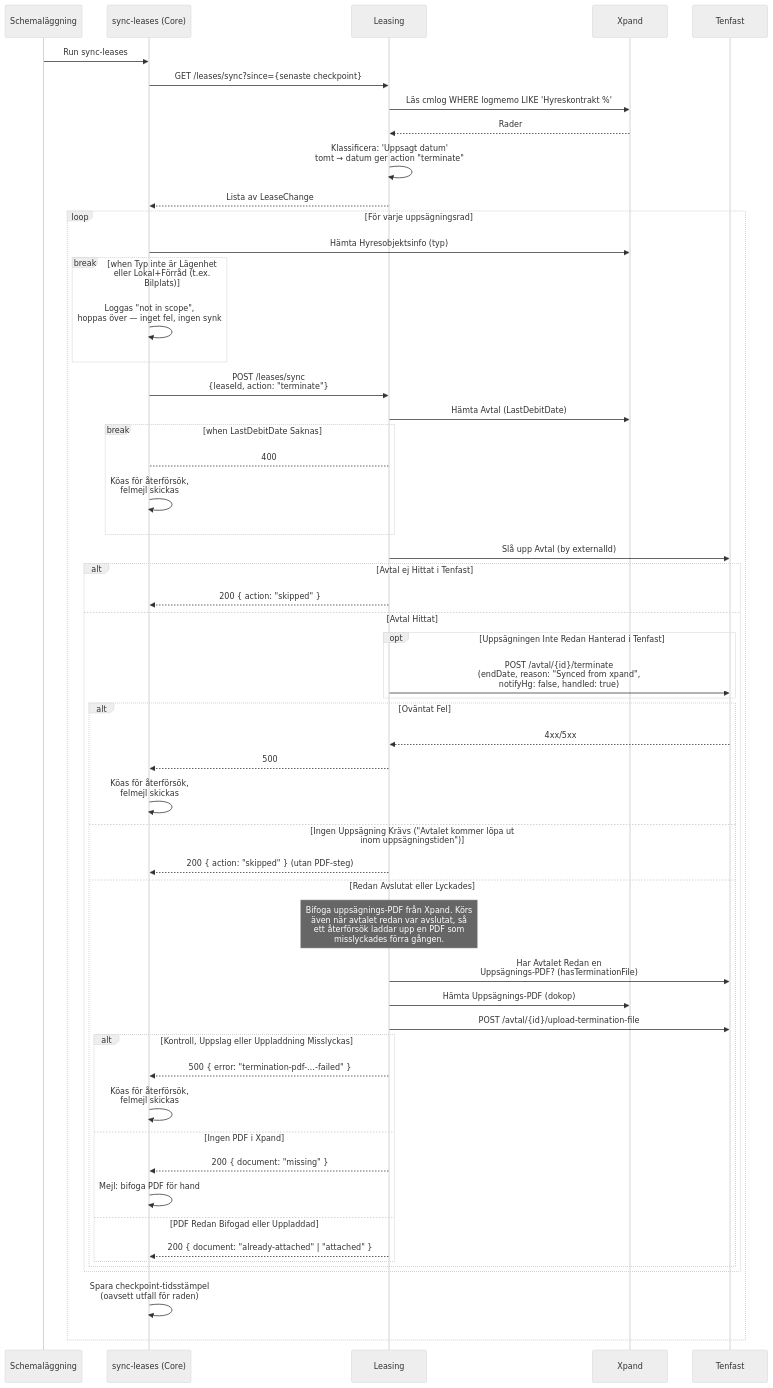
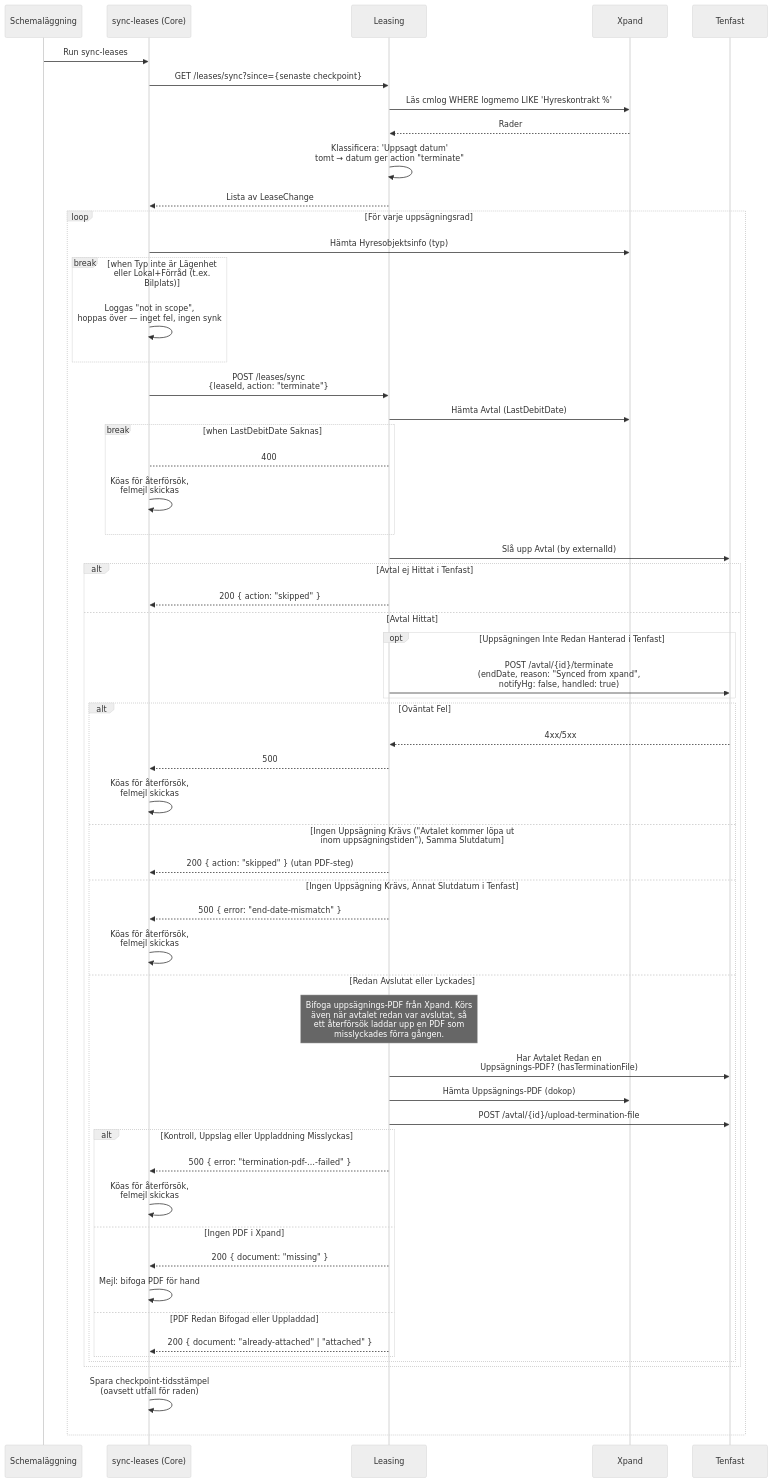
Before and after one commit to Bostads-AB-Mimer/onecore: the second of 2 diagrams in core/src/processes/leasetermination/DOCS_Terminate_Lease_via_Xpand_Sync.md, drawn with Mermaid (neutral theme). The commit also changed other lines of this file and 3 other files, not shown here.

First line of the commit message:
Fix: AVTAL-362 fail a termination Tenfast skips when its end date differs from Xpand's

````diff
--- a/core/src/processes/leasetermination/DOCS_Terminate_Lease_via_Xpand_Sync.md
+++ b/core/src/processes/leasetermination/DOCS_Terminate_Lease_via_Xpand_Sync.md
@@ -46,67 +46,70 @@
 ```mermaid
 sequenceDiagram
     participant CronJob as Schemaläggning
     participant SyncScript as sync-leases (Core)
     participant Leasing as Leasing
     participant Xpand as Xpand
     participant Tenfast as Tenfast
 
     CronJob ->> SyncScript: Run sync-leases
     SyncScript ->> Leasing: GET /leases/sync?since={senaste checkpoint}
     Leasing ->> Xpand: Läs cmlog WHERE logmemo LIKE 'Hyreskontrakt %'
     Xpand -->> Leasing: Rader
     Leasing ->> Leasing: Klassificera: 'Uppsagt datum'<br/>tomt → datum ger action "terminate"
     Leasing -->> SyncScript: Lista av LeaseChange
 
     loop För varje uppsägningsrad
         SyncScript ->> Xpand: Hämta Hyresobjektsinfo (typ)
 
         break when Typ inte är Lägenhet eller Lokal+Förråd (t.ex. Bilplats)
             SyncScript ->> SyncScript: Loggas "not in scope",<br/>hoppas över — inget fel, ingen synk
         end
 
         SyncScript ->> Leasing: POST /leases/sync<br/>{leaseId, action: "terminate"}
         Leasing ->> Xpand: Hämta Avtal (LastDebitDate)
 
         break when LastDebitDate Saknas
             Leasing-->SyncScript: 400
             SyncScript ->> SyncScript: Köas för återförsök,<br/>felmejl skickas
         end
 
         Leasing ->> Tenfast: Slå upp Avtal (by externalId)
 
         alt Avtal ej Hittat i Tenfast
             Leasing-->>SyncScript: 200 { action: "skipped" }
         else Avtal Hittat
             opt Uppsägningen Inte Redan Hanterad i Tenfast
                 Leasing ->> Tenfast: POST /avtal/{id}/terminate<br/>(endDate, reason: "Synced from xpand",<br/>notifyHg: false, handled: true)
             end
             alt Oväntat Fel
                 Tenfast-->>Leasing: 4xx/5xx
                 Leasing-->>SyncScript: 500
                 SyncScript ->> SyncScript: Köas för återförsök,<br/>felmejl skickas
-            else Ingen Uppsägning Krävs ("Avtalet kommer löpa ut<br/>inom uppsägningstiden")
+            else Ingen Uppsägning Krävs ("Avtalet kommer löpa ut<br/>inom uppsägningstiden"), Samma Slutdatum
                 Leasing-->>SyncScript: 200 { action: "skipped" } (utan PDF-steg)
+            else Ingen Uppsägning Krävs, Annat Slutdatum i Tenfast
+                Leasing-->>SyncScript: 500 { error: "end-date-mismatch" }
+                SyncScript ->> SyncScript: Köas för återförsök,<br/>felmejl skickas
             else Redan Avslutat eller Lyckades
                 note over Leasing: Bifoga uppsägnings-PDF från Xpand. Körs<br/>även när avtalet redan var avslutat, så<br/>ett återförsök laddar upp en PDF som<br/>misslyckades förra gången.
 
                 Leasing ->> Tenfast: Har Avtalet Redan en<br/>Uppsägnings-PDF? (hasTerminationFile)
                 Leasing ->> Xpand: Hämta Uppsägnings-PDF (dokop)
                 Leasing ->> Tenfast: POST /avtal/{id}/upload-termination-file
 
                 alt Kontroll, Uppslag eller Uppladdning Misslyckas
                     Leasing-->>SyncScript: 500 { error: "termination-pdf-…-failed" }
                     SyncScript ->> SyncScript: Köas för återförsök,<br/>felmejl skickas
                 else Ingen PDF i Xpand
                     Leasing-->>SyncScript: 200 { document: "missing" }
                     SyncScript ->> SyncScript: Mejl: bifoga PDF för hand
                 else PDF Redan Bifogad eller Uppladdad
                     Leasing-->>SyncScript: 200 { document: "already-attached" | "attached" }
                 end
             end
         end
 
         SyncScript ->> SyncScript: Spara checkpoint-tidsstämpel<br/>(oavsett utfall för raden)
     end
 
 ```
````
